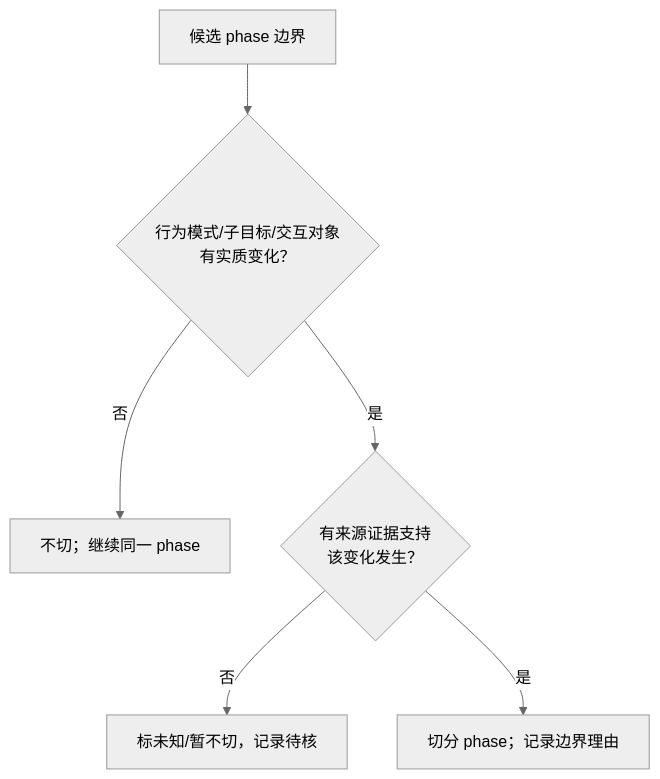
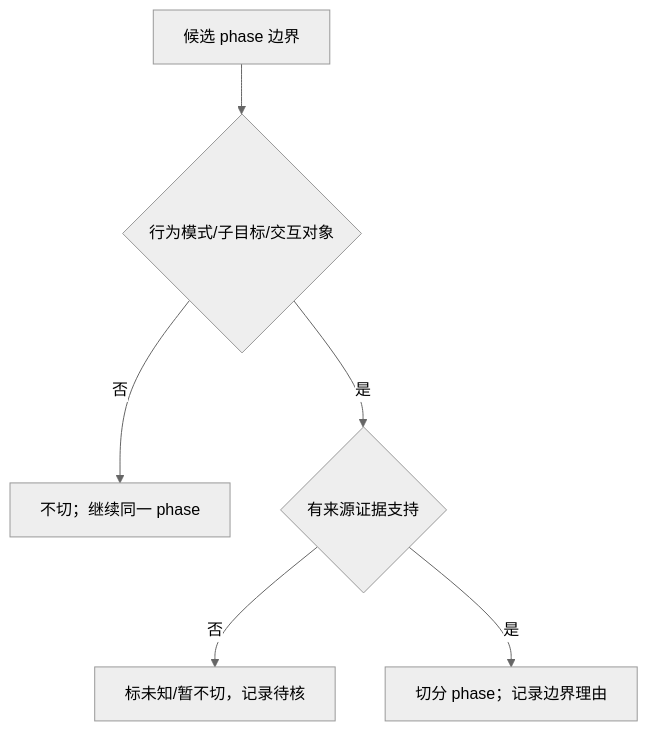
Before and after one commit to AgenticFinLab/FinMycelium: the fourth of 5 diagrams in docs/structures/1-hierarchy.md, drawn with Mermaid (neutral theme). The commit also changed other lines of this file and 8 other files, not shown here.

First line of the commit message:
docs: fix Mermaid render errors and simplify framework diagrams

````diff
--- a/docs/structures/1-hierarchy.md
+++ b/docs/structures/1-hierarchy.md
@@ -224,8 +224,8 @@
 ```mermaid
 flowchart TD
-    Q["候选 phase 边界"] --> A{"行为模式/子目标/交互对象<br/>有实质变化？"}
-    A -- "否" --> NO["不切；继续同一 phase"]
-    A -- "是" --> B{"有来源证据支持<br/>该变化发生？"}
-    B -- "否" --> UNK["标未知/暂不切，记录待核"]
-    B -- "是" --> YES["切分 phase；记录边界理由"]
+    Q["候选 phase 边界"] --> A{"行为模式/子目标/交互对象"}
+    A -->|否| NO["不切；继续同一 phase"]
+    A -->|是| B{"有来源证据支持"}
+    B -->|否| UNK["标未知/暂不切，记录待核"]
+    B -->|是| YES["切分 phase；记录边界理由"]
 ```
````
